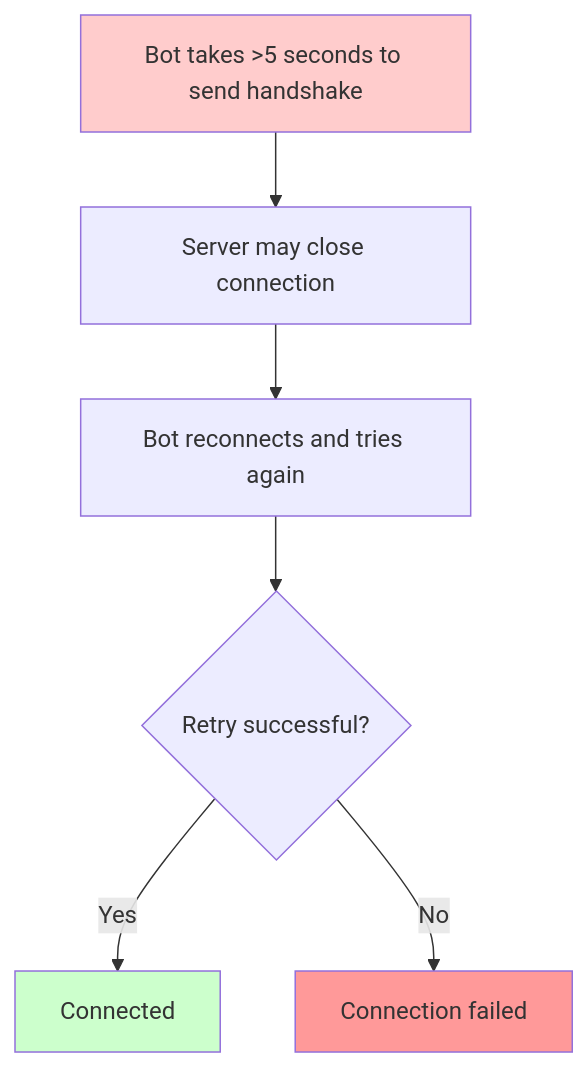
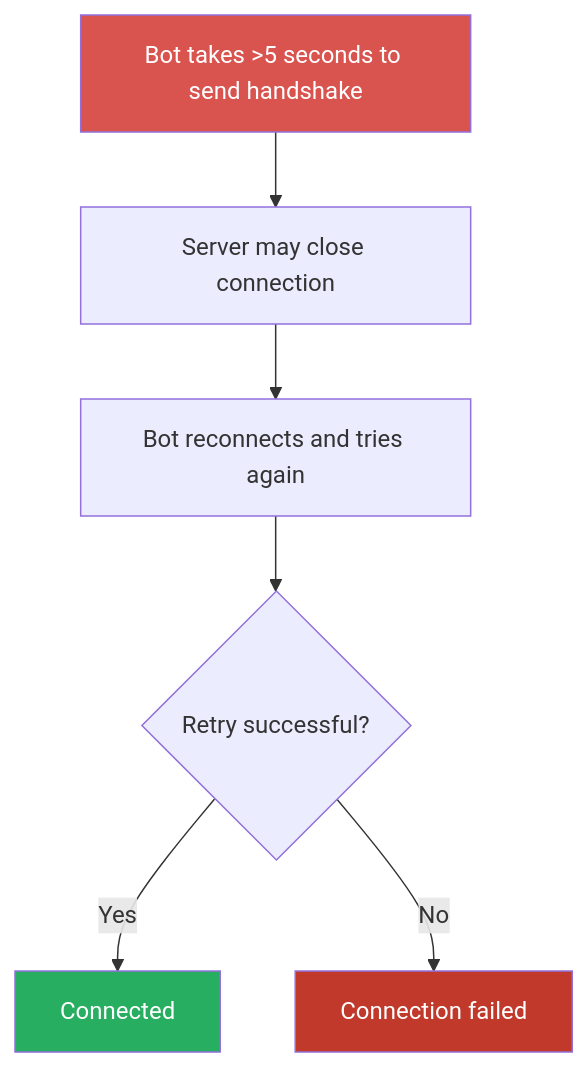
One commit to robocode-dev/tank-royale changed the third of 7 diagrams in docs-internal/architecture/models/flows/bot-connection.md. Above: the diagram before and after it, drawn with Mermaid. The commit also changed other lines of this file and 5 other files, not shown here.

First line of the commit message:
docs(internal): update sequence diagrams for v0.40.x and issue #202 fixes

````diff
--- a/docs-internal/architecture/models/flows/bot-connection.md
+++ b/docs-internal/architecture/models/flows/bot-connection.md
@@ -165,12 +167,12 @@
 ```mermaid
 flowchart TD
     A[Bot takes >5 seconds to send handshake] --> B[Server may close connection]
     B --> C[Bot reconnects and tries again]
     C --> D{Retry successful?}
     D -->|Yes| E[Connected]
     D -->|No| F[Connection failed]
     
-    style A fill:#FFCCCC
-    style E fill:#CCFFCC
-    style F fill:#FF9999
+    style A fill:#D9534F,color:#fff
+    style E fill:#27AE60,color:#fff
+    style F fill:#C0392B,color:#fff
 ```
````
